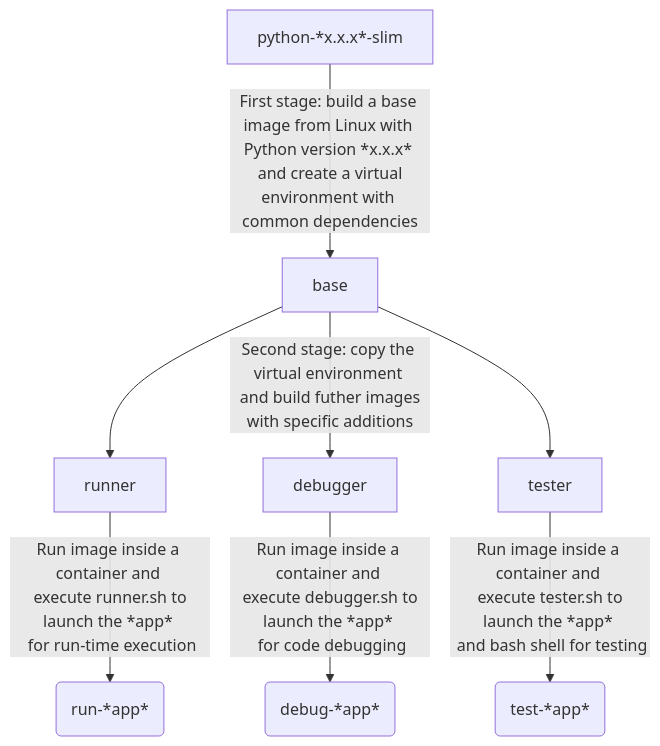
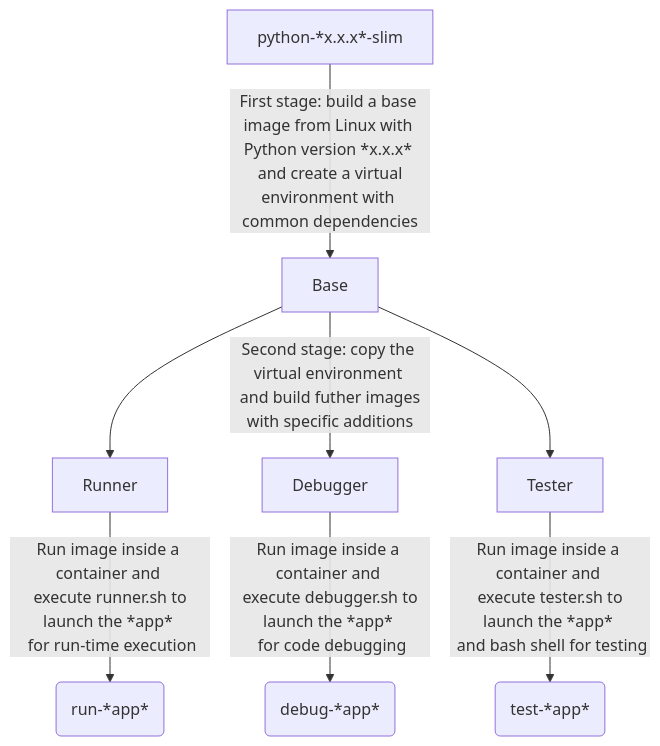
Before and after one commit to giacomopj/py-package-template: the first of 2 diagrams in README.md, drawn with Mermaid. The commit also changed other lines of this file, not shown here.

````diff
--- a/README.md
+++ b/README.md
@@ -238,10 +238,10 @@
 ```mermaid
 graph TD
-    A[python-*x.x.x*-slim] -->|First stage: build a base image from Linux with Python version *x.x.x* <br /> and create a virtual environment with common dependencies| B[base]
-    B --> C[runner]
-    B -->|Second stage: copy the virtual environment <br /> and build futher images with specific additions| D[debugger]
-    B --> E[tester]
+    A[python-*x.x.x*-slim] -->|First stage: build a base image from Linux with Python version *x.x.x* <br /> and create a virtual environment with common dependencies| B[Base]
+    B --> C[Runner]
+    B -->|Second stage: copy the virtual environment <br /> and build futher images with specific additions| D[Debugger]
+    B --> E[Tester]
     C -->|Run image inside a container and <br /> execute runner.sh to launch the *app* <br /> for run-time execution| F(run-*app*)
     D -->|Run image inside a container and <br /> execute debugger.sh to launch the *app* <br /> for code debugging| G(debug-*app*)
     E -->|Run image inside a container and <br /> execute tester.sh to launch the *app* <br /> and bash shell for testing| H(test-*app*)
 ```
````
